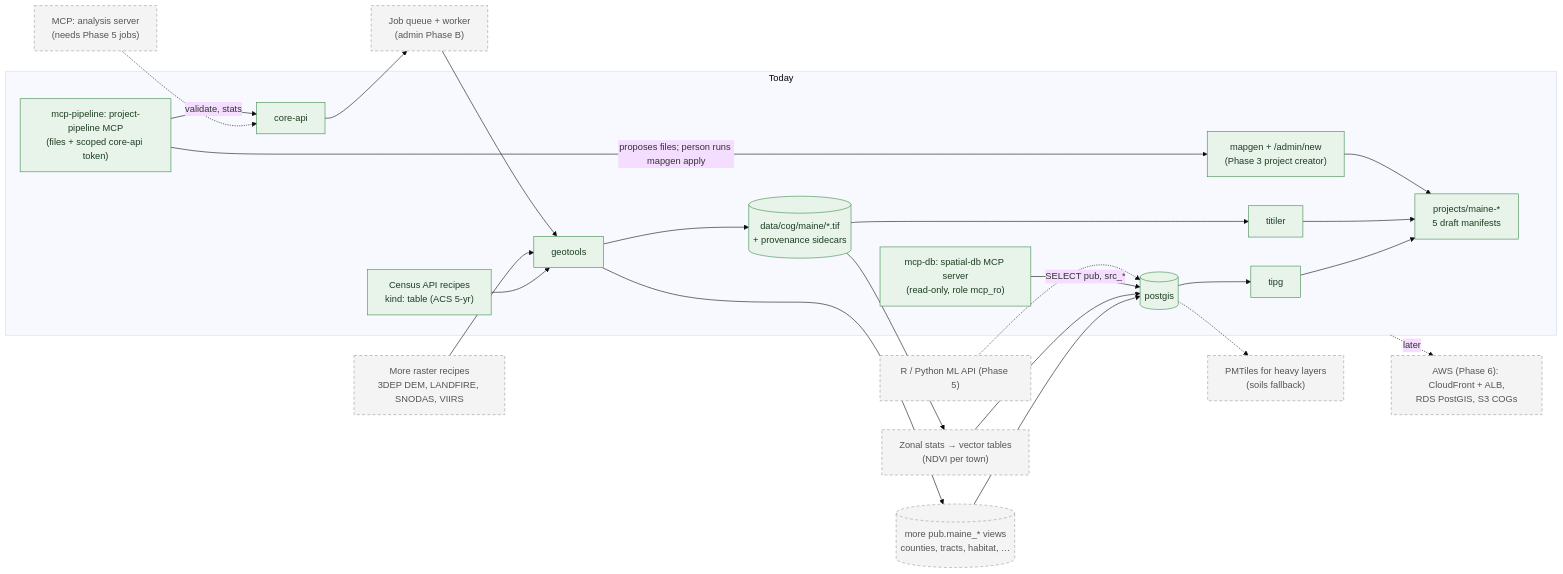
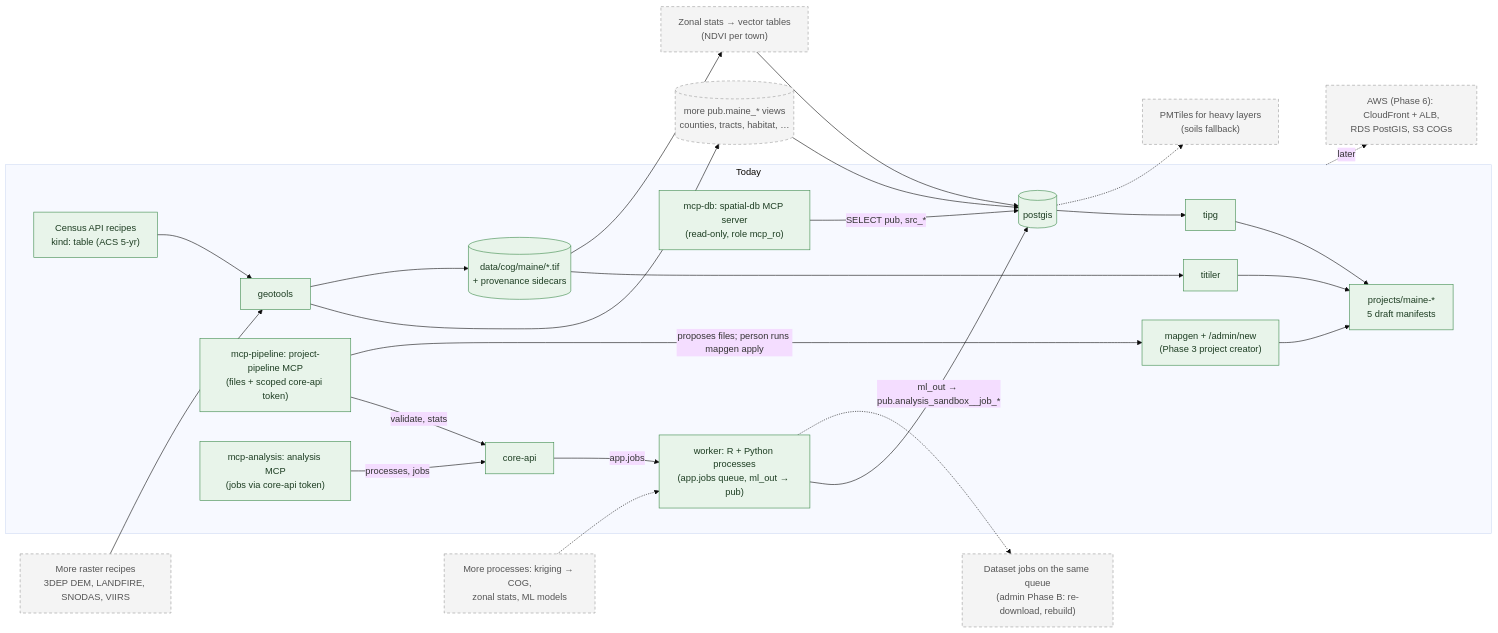
One commit to rwspatial/everything changed the fourth of 4 diagrams in docs/architecture.md. Above: the diagram before and after it, drawn with Mermaid (base theme). The commit also changed other lines of this file and 37 other files, not shown here.

````diff
--- a/docs/architecture.md
+++ b/docs/architecture.md
@@ -133,44 +133,46 @@
 ```mermaid
 flowchart LR
   classDef now fill:#e8f4ea,stroke:#3c8a4a,color:#1d3d22
   classDef todo fill:#f4f4f4,stroke:#999,stroke-dasharray:5 4,color:#555
 
   subgraph today["Today"]
     tipg["tipg"]:::now
     titiler["titiler"]:::now
     postgis[("postgis")]:::now
     core_api["core-api"]:::now
     geotools["geotools"]:::now
     maine_proj["projects/maine-*<br/>5 draft manifests"]:::now
     census["Census API recipes<br/>kind: table (ACS 5-yr)"]:::now
     mapgen["mapgen + /admin/new<br/>(Phase 3 project creator)"]:::now
     mcp_db["mcp-db: spatial-db MCP server<br/>(read-only, role mcp_ro)"]:::now
     mcp_pipe["mcp-pipeline: project-pipeline MCP<br/>(files + scoped core-api token)"]:::now
+    worker["worker: R + Python processes<br/>(app.jobs queue, ml_out → pub)"]:::now
+    mcp_an["mcp-analysis: analysis MCP<br/>(jobs via core-api token)"]:::now
     cogs[("data/cog/maine/*.tif<br/>+ provenance sidecars")]:::now
   end
 
   maine_views[("more pub.maine_* views<br/>counties, tracts, habitat, …")]:::todo
   rasters["More raster recipes<br/>3DEP DEM, LANDFIRE, SNODAS, VIIRS"]:::todo
   zonal["Zonal stats → vector tables<br/>(NDVI per town)"]:::todo
-  worker["Job queue + worker<br/>(admin Phase B)"]:::todo
+  dataset_jobs["Dataset jobs on the same queue<br/>(admin Phase B: re-download, rebuild)"]:::todo
   pmtiles["PMTiles for heavy layers<br/>(soils fallback)"]:::todo
-  mcp["MCP: analysis server<br/>(needs Phase 5 jobs)"]:::todo
-  ml["R / Python ML API (Phase 5)"]:::todo
+  more_procs["More processes: kriging → COG,<br/>zonal stats, ML models"]:::todo
   aws["AWS (Phase 6): CloudFront + ALB,<br/>RDS PostGIS, S3 COGs"]:::todo
 
   census --> geotools
   geotools --> maine_views
   maine_views --> postgis
   postgis --> tipg --> maine_proj
   rasters --> geotools --> cogs --> titiler --> maine_proj
   cogs --> zonal --> postgis
-  core_api --> worker --> geotools
+  core_api -->|"app.jobs"| worker -->|"ml_out → pub.analysis_sandbox__job_*"| postgis
+  worker -.-> dataset_jobs
+  more_procs -.-> worker
+  mcp_an -->|"processes, jobs"| core_api
   postgis -.-> pmtiles
-  mcp -.-> core_api
   mcp_db -->|"SELECT pub, src_*"| postgis
   mcp_pipe -->|"validate, stats"| core_api
   mcp_pipe -->|"proposes files; person runs mapgen apply"| mapgen
   mapgen --> maine_proj
-  ml -.-> postgis
   today -.->|later| aws
 ```
````
